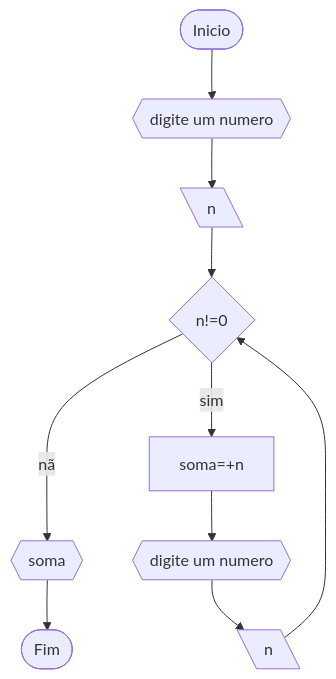
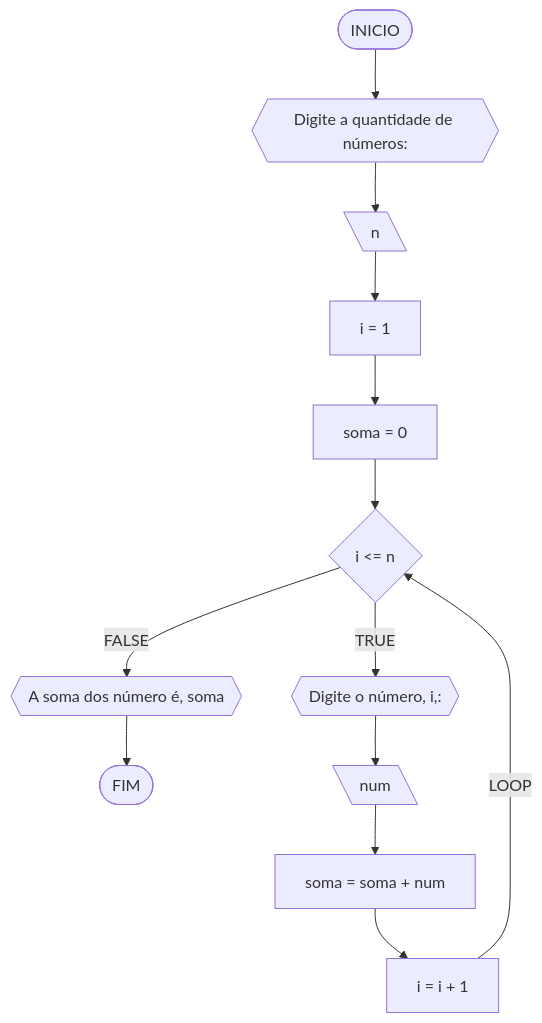
One commit to Davicesmeraldo/UNIFOR changed diagram 11 of 20 in RLA/lista_exercíciosAV1.md. Above: the diagram before and after it, drawn with Mermaid. The commit also changed other lines of this file, not shown here.

````diff
--- a/RLA/lista_exercíciosAV1.md
+++ b/RLA/lista_exercíciosAV1.md
@@ -417,12 +758,15 @@
 ```mermaid
 flowchart TD
-A([Inicio])-->B{{"digite um numero "}}
-B-->C[\n\]
-C-->D{n!=0}
-D--não-->H{{soma}}
-D--sim-->E[soma=+n]
-E-->F{{"digite um numero"}}
-F-->G[\n\]
-G-->D
-H-->I([Fim])
+A([INICIO]) --> B{{"Digite a quantidade de números:"}}
+B --> C[\n\]
+C --> D[i = 1]
+D --> E[soma = 0]
+E --> F{i <= n}
+F --FALSE--> G{{A soma dos número é, soma}}
+G --> L([FIM])
+F --TRUE--> H{{Digite o número, i,:}}
+H --> I[\num\]
+I --> J[soma = soma + num]
+J --> K[i = i + 1]
+K --LOOP--> F
 ```
````
